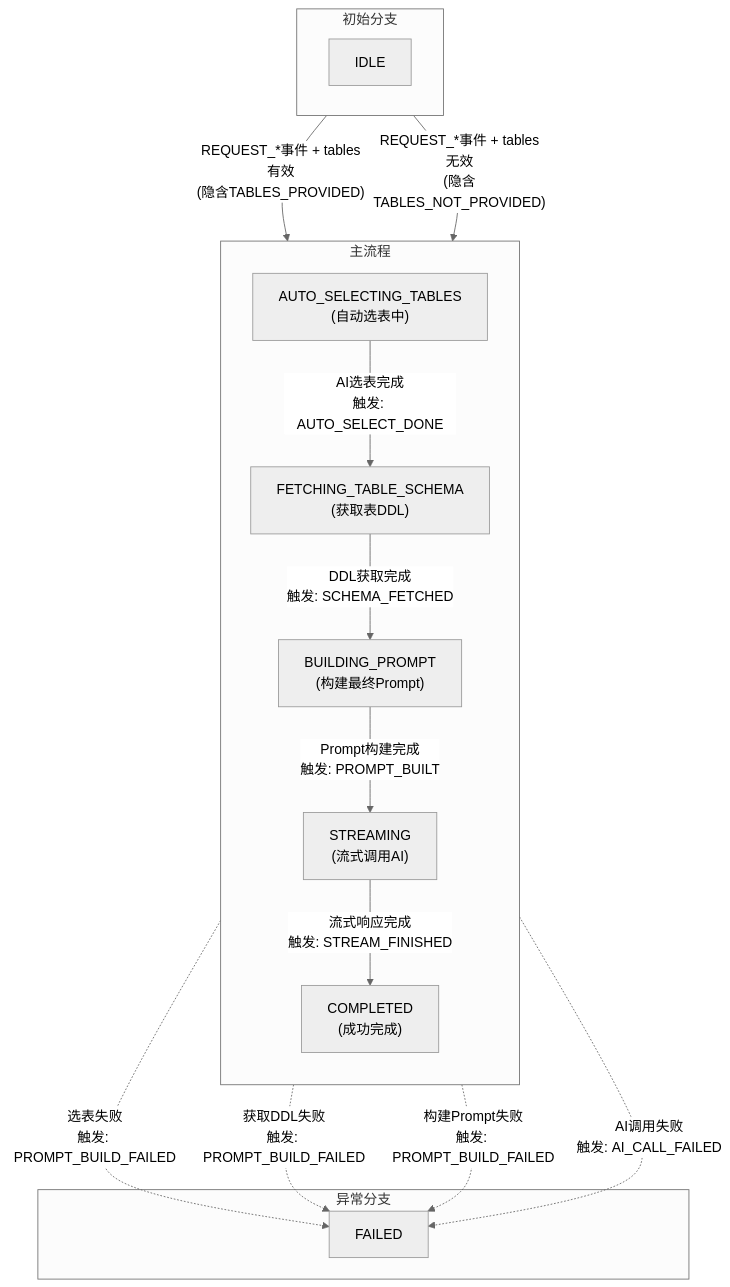
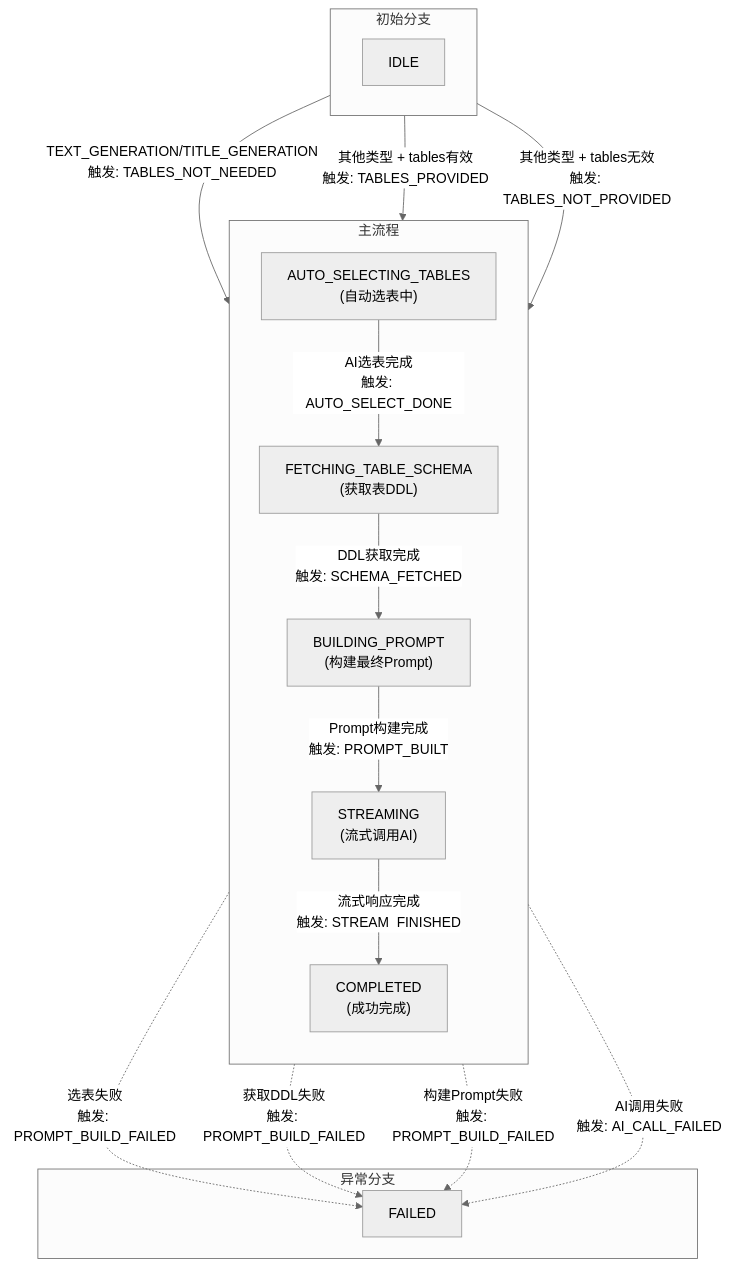
The second of 3 diagrams in docs/StateMachine.md (hejianjun/Chat2DB), drawn with Mermaid (neutral theme) before and after one commit. The commit also changed other lines of this file and 5 other files, not shown here.

````diff
--- a/docs/StateMachine.md
+++ b/docs/StateMachine.md
@@ -71,23 +79,24 @@
 ```mermaid
 flowchart TD
-subgraph 主流程
-    direction TB
-    S1["AUTO_SELECTING_TABLES<br/>(自动选表中)"] -- "AI选表完成<br/>触发: AUTO_SELECT_DONE" --> S2["FETCHING_TABLE_SCHEMA<br/>(获取表DDL)"]
-    S2 -- "DDL获取完成<br/>触发: SCHEMA_FETCHED" --> S3["BUILDING_PROMPT<br/>(构建最终Prompt)"]
-    S3 -- "Prompt构建完成<br/>触发: PROMPT_BUILT" --> S4["STREAMING<br/>(流式调用AI)"]
-    S4 -- "流式响应完成<br/>触发: STREAM_FINISHED" --> S5["COMPLETED<br/>(成功完成)"]
-end
+    subgraph 主流程
+        direction TB
+        S1["AUTO_SELECTING_TABLES<br/>(自动选表中)"] -- "AI选表完成<br/>触发: AUTO_SELECT_DONE" --> S2["FETCHING_TABLE_SCHEMA<br/>(获取表DDL)"]
+        S2 -- "DDL获取完成<br/>触发: SCHEMA_FETCHED" --> S3["BUILDING_PROMPT<br/>(构建最终Prompt)"]
+        S3 -- "Prompt构建完成<br/>触发: PROMPT_BUILT" --> S4["STREAMING<br/>(流式调用AI)"]
+        S4 -- "流式响应完成<br/>触发: STREAM_FINISHED" --> S5["COMPLETED<br/>(成功完成)"]
+    end
 
-subgraph 初始分支
-    direction LR
-    IDLE -- "REQUEST_*事件 + tables有效<br/>(隐含TABLES_PROVIDED)" --> S2
-    IDLE -- "REQUEST_*事件 + tables无效<br/>(隐含TABLES_NOT_PROVIDED)" --> S1
-end
+    subgraph 初始分支
+        direction LR
+        IDLE -- "TEXT_GENERATION/TITLE_GENERATION<br/>触发: TABLES_NOT_NEEDED" --> S3
+        IDLE -- "其他类型 + tables有效<br/>触发: TABLES_PROVIDED" --> S2
+        IDLE -- "其他类型 + tables无效<br/>触发: TABLES_NOT_PROVIDED" --> S1
+    end
 
-subgraph 异常分支
-    S1 -. "选表失败<br/>触发: PROMPT_BUILD_FAILED" .-> ERR["FAILED"]
-    S2 -. "获取DDL失败<br/>触发: PROMPT_BUILD_FAILED" .-> ERR
-    S3 -. "构建Prompt失败<br/>触发: PROMPT_BUILD_FAILED" .-> ERR
-    S4 -. "AI调用失败<br/>触发: AI_CALL_FAILED" .-> ERR
-end
+    subgraph 异常分支
+        S1 -. "选表失败<br/>触发: PROMPT_BUILD_FAILED" .-> ERR["FAILED"]
+        S2 -. "获取DDL失败<br/>触发: PROMPT_BUILD_FAILED" .-> ERR
+        S3 -. "构建Prompt失败<br/>触发: PROMPT_BUILD_FAILED" .-> ERR
+        S4 -. "AI调用失败<br/>触发: AI_CALL_FAILED" .-> ERR
+    end
 ```
````
